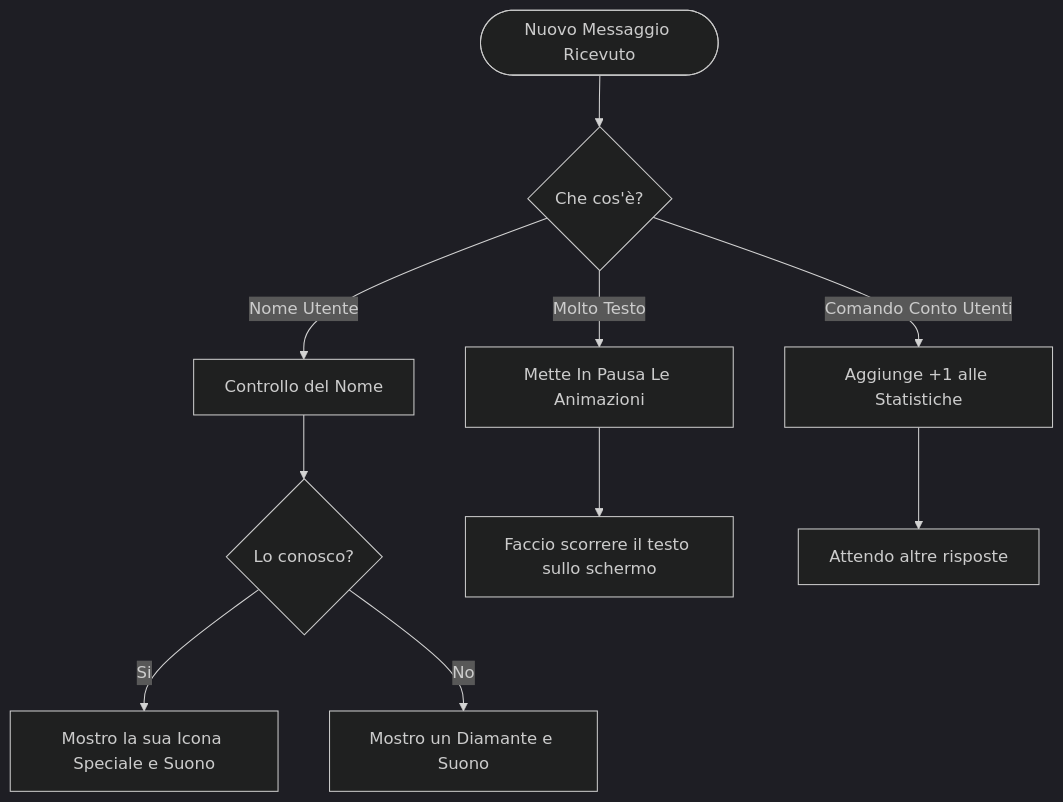
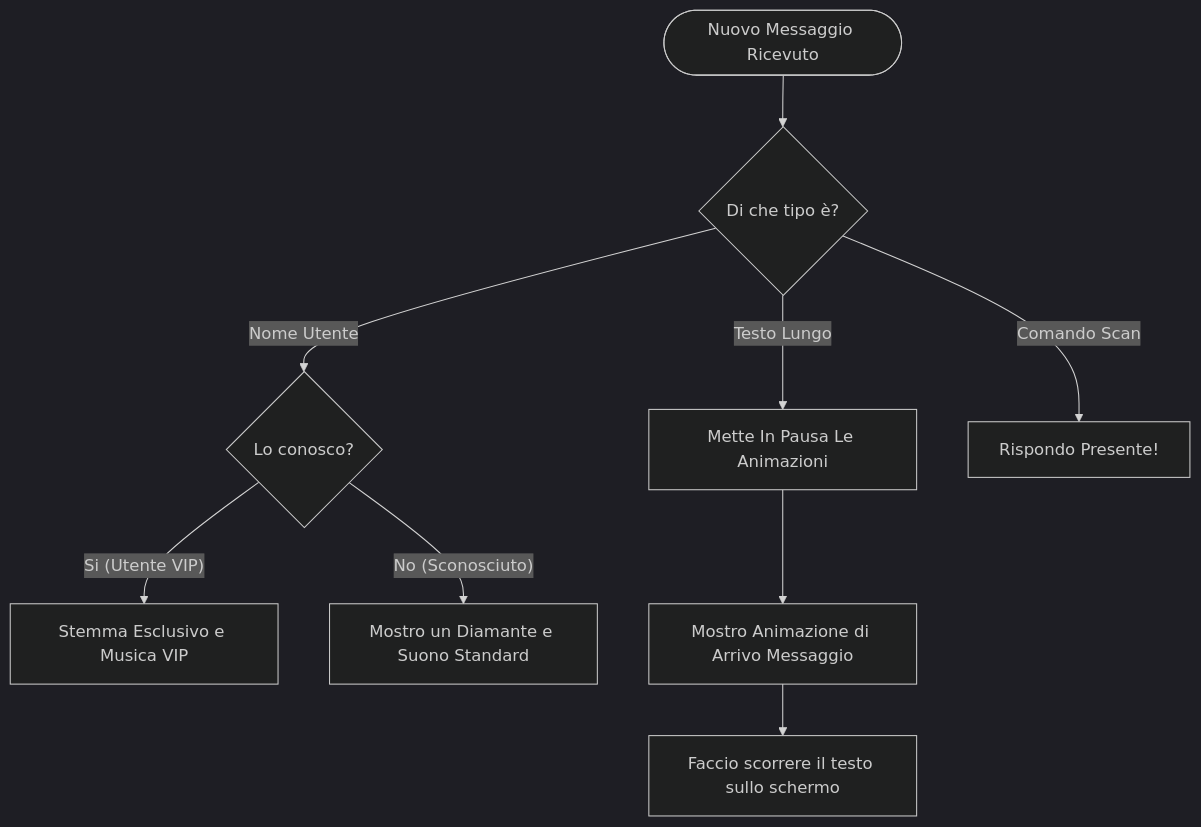
Before and after one commit to pgiudici13/MicrobitRadiov3: the second of 4 diagrams in README.md, drawn with Mermaid (dark theme). The commit also changed other lines of this file, not shown here.

````diff
--- a/README.md
+++ b/README.md
@@ -53,14 +53,13 @@
 ```mermaid
 flowchart TD
-    A([Nuovo Messaggio Ricevuto]) --> B{Che cos'è?}
-    B -- Nome Utente --> C[Controllo del Nome]
-    B -- Molto Testo --> D[Mette In Pausa Le Animazioni]
-    B -- Comando Conto Utenti --> E[Aggiunge +1 alle Statistiche]
+    A([Nuovo Messaggio Ricevuto]) --> B{Di che tipo è?}
+    B -- Nome Utente --> C{Lo conosco?}
+    B -- Testo Lungo --> D[Mette In Pausa Le Animazioni]
+    B -- Comando Scan --> E[Rispondo Presente!]
     
-    C --> F{Lo conosco?}
-    F -- Si --> G[Mostro la sua Icona Speciale e Suono]
-    F -- No --> H[Mostro un Diamante e Suono]
+    C -- Si (Utente VIP) --> F[Stemma Esclusivo e Musica VIP]
+    C -- No (Sconosciuto) --> G[Mostro un Diamante e Suono Standard]
     
-    D --> I[Faccio scorrere il testo sullo schermo]
-    E --> J[Attendo altre risposte]
+    D --> H[Mostro Animazione di Arrivo Messaggio]
+    H --> I[Faccio scorrere il testo sullo schermo]
 ```
````
